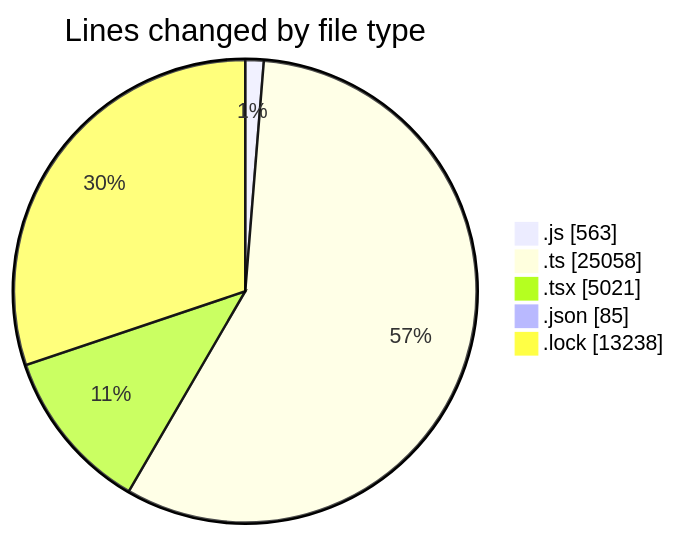
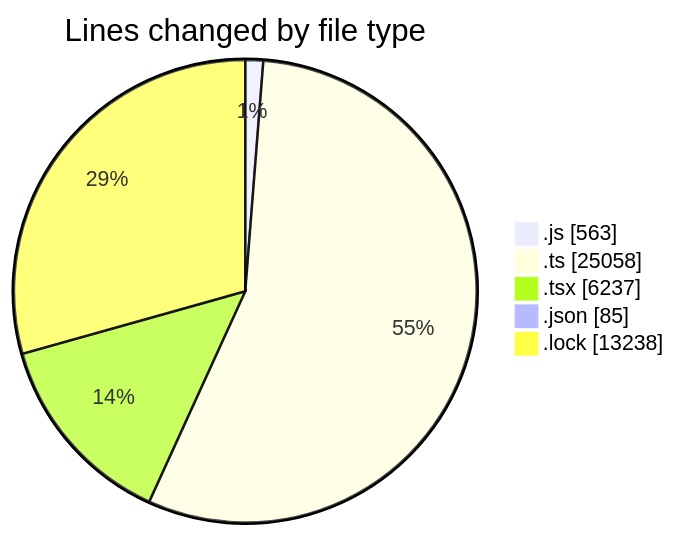
The first of 2 diagrams in 2025-11-14/cda/README.md (momahboobian/code-tracking), drawn with Mermaid before and after one commit. The commit also changed other lines of this file and 1 other file, not shown here.

````diff
--- a/2025-11-14/cda/README.md
+++ b/2025-11-14/cda/README.md
@@ -45,9 +45,9 @@
 ```mermaid
 pie showData
 title Lines changed by file type
 ".js" : 563
 ".ts" : 25058
-".tsx" : 5021
+".tsx" : 6237
 ".json" : 85
 ".lock" : 13238
 ```
````
